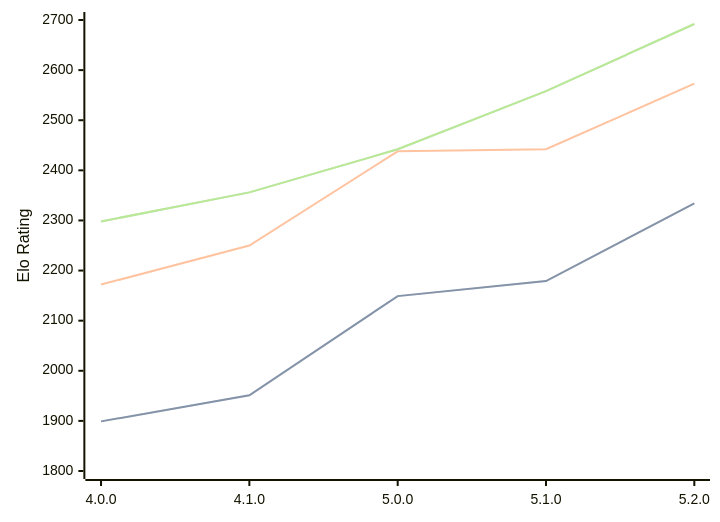
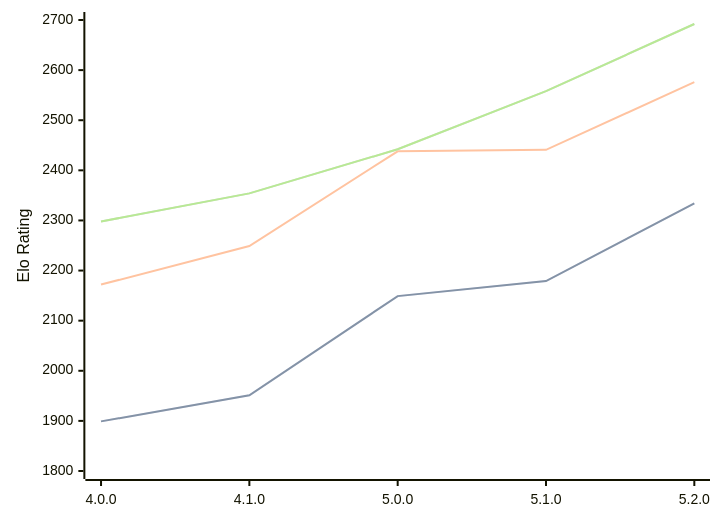
One commit to computer-chess-index/cci changed the diagram in engines/Aconcagua.md. Above: the diagram before and after it, drawn with Mermaid. The commit also changed other lines of this file, not shown here.

Commit message:
Update CCI Ratings (ELO VLTC) - 2026-07-27

````diff
--- a/engines/Aconcagua.md
+++ b/engines/Aconcagua.md
@@ -44,11 +44,11 @@
 ```mermaid
 %%{init: {"theme":"base","themeVariables":{"seriesColors:['#a3a3a3','#222221','#faa371']}}}%%
 xychart-beta
   x-axis ["4.0.0", "4.1.0", "5.0.0", "5.1.0", "5.2.0"]
   y-axis "Elo Rating" 1800 --> 2700
   line "STC (8.0+0.08s)" [1899, 1951, 2149, 2179, 2334]
   line "STC (8.0+0.08s)" [1899, 1951, 2149, 2179, 2334]
-  line "LTC (60.0+0.60s)" [2172, 2250, 2438, 2442, 2573]
-  line "VLTC (2m24s+1.12s)" [2298, 2356, 2442, 2558, 2692]
-  line "VLTC (2m24s+1.12s)" [2298, 2356, 2442, 2558, 2692]
+  line "LTC (60.0+0.60s)" [2172, 2249, 2438, 2441, 2576]
+  line "VLTC (2m24s+1.12s)" [2298, 2354, 2442, 2558, 2692]
+  line "VLTC (2m24s+1.12s)" [2298, 2354, 2442, 2558, 2692]
 ```
````
